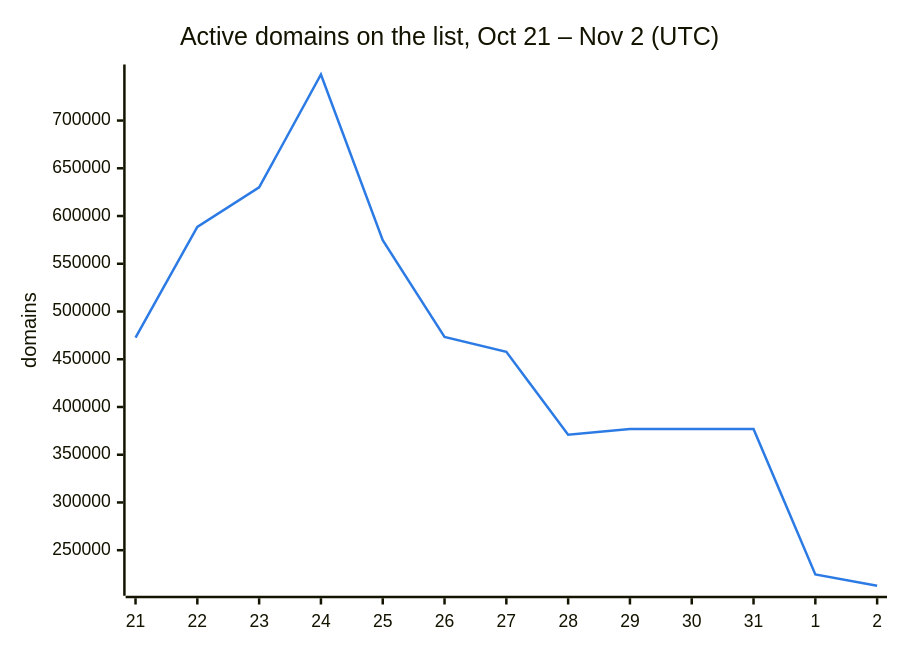
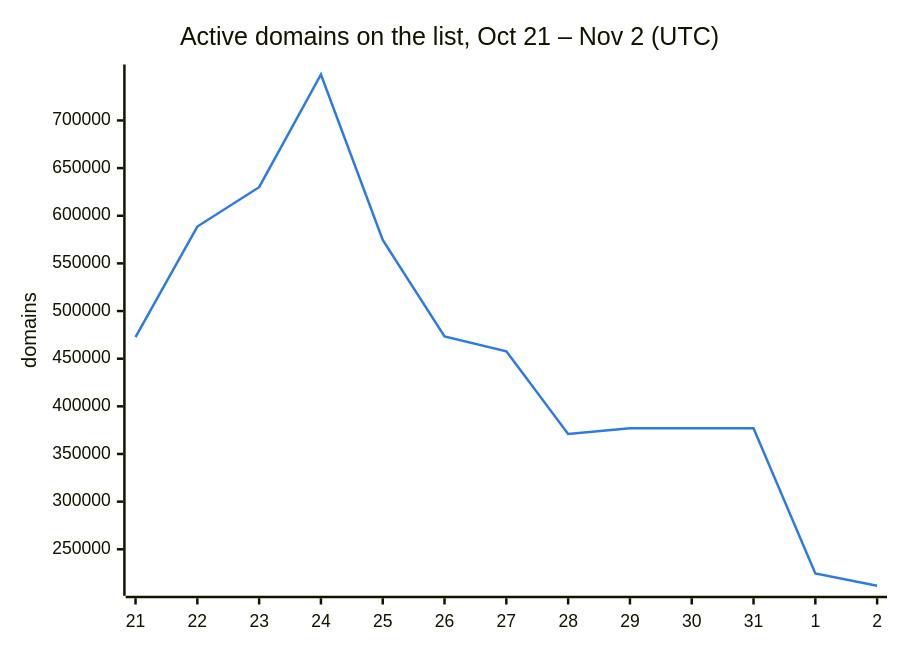
Before and after one commit to DNSBunker/CTI: the second of 3 diagrams in README.md, drawn with Mermaid. The commit also changed other lines of this file and 3 other files, not shown here.

````diff
--- a/README.md
+++ b/README.md
@@ -38,8 +38,8 @@
 ```mermaid
 %%{init: {"themeVariables": {"xyChart": {"plotColorPalette": "#2c7be5"}}}}%%
 xychart-beta
     title "Active domains on the list, Oct 21 – Nov 2 (UTC)"
     x-axis ["21", "22", "23", "24", "25", "26", "27", "28", "29", "30", "31", "1", "2"]
     y-axis "domains"
-    line [472713, 588659, 629951, 748222, 574614, 473331, 457795, 371010, 376945, 376945, 376945, 224607, 212770]
+    line [472713, 588659, 629951, 748222, 574614, 473331, 457795, 371010, 376945, 376945, 376945, 224607, 211728]
 ```
````
